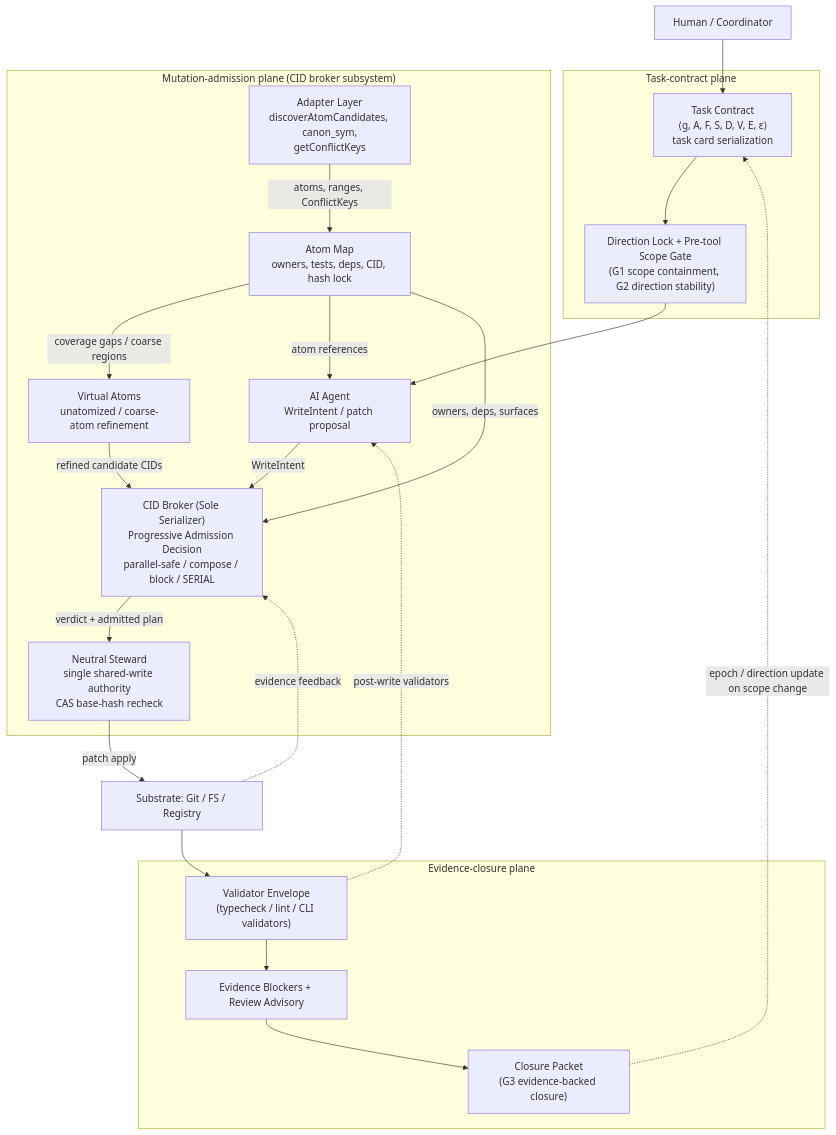
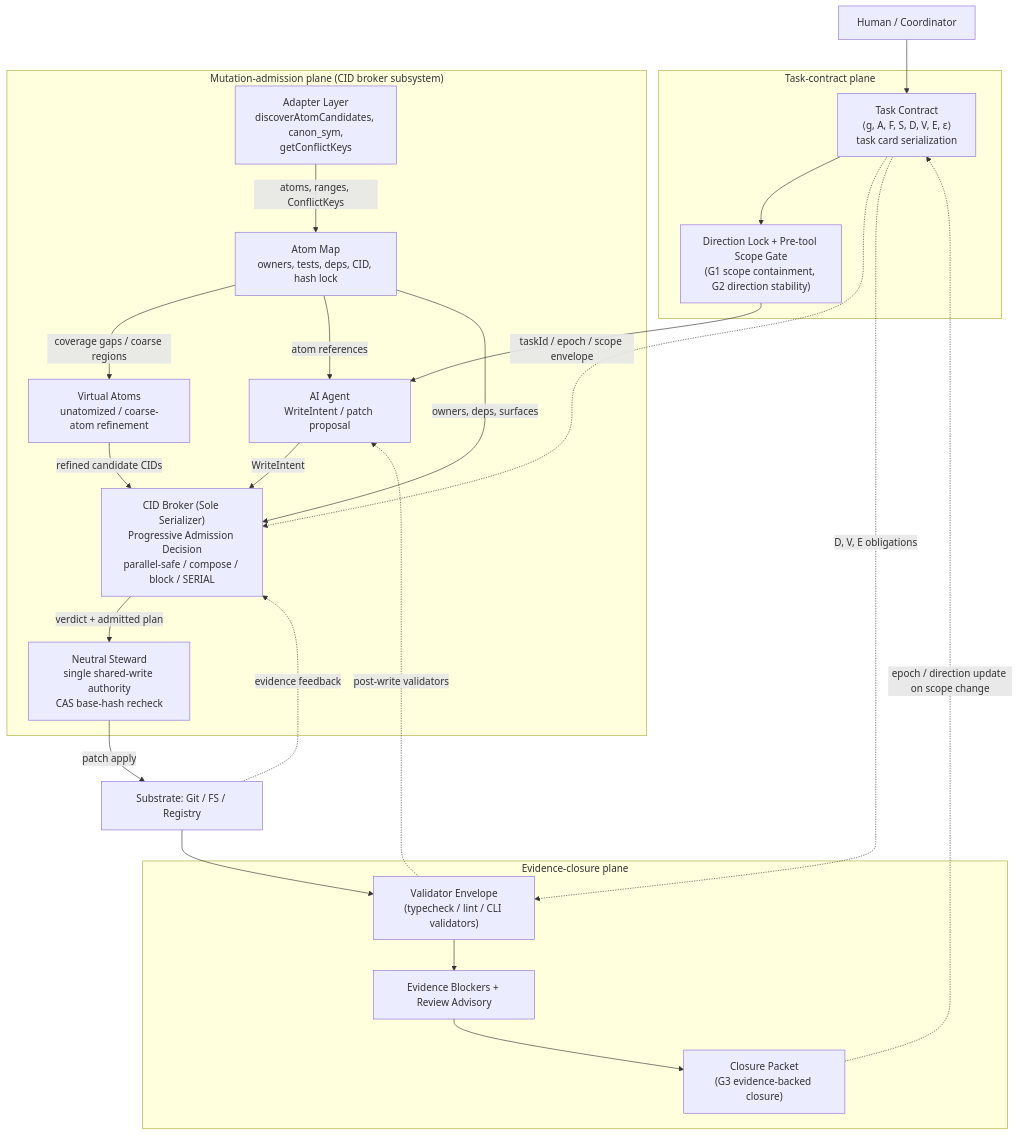
The first of 4 diagrams in docs/ai_atomic_framework/arxiv-paper-v1/paper.v3.1.md (eaglhuang/3klife), drawn with Mermaid before and after one commit. The commit also changed other lines of this file and 9 other files, not shown here.

````diff
--- a/docs/ai_atomic_framework/arxiv-paper-v1/paper.v3.1.md
+++ b/docs/ai_atomic_framework/arxiv-paper-v1/paper.v3.1.md
@@ -245,44 +251,46 @@
 ```mermaid
 flowchart TB
     HU["Human / Coordinator"]
 
     subgraph TC["Task-contract plane"]
         T["Task Contract<br/>⟨g, A, F, S, D, V, E, ε⟩<br/>task card serialization"]
         DL["Direction Lock + Pre-tool Scope Gate<br/>(G1 scope containment, G2 direction stability)"]
     end
 
     subgraph MA["Mutation-admission plane (CID broker subsystem)"]
         AG["AI Agent<br/>WriteIntent / patch proposal"]
         ADAP["Adapter Layer<br/>discoverAtomCandidates, canon_sym,<br/>getConflictKeys"]
         AM["Atom Map<br/>owners, tests, deps, CID, hash lock"]
         VA["Virtual Atoms<br/>unatomized / coarse-atom refinement"]
         B["CID Broker (Sole Serializer)<br/>Progressive Admission Decision<br/>parallel-safe / compose / block / SERIAL"]
         ST["Neutral Steward<br/>single shared-write authority<br/>CAS base-hash recheck"]
     end
 
     subgraph EC["Evidence-closure plane"]
         VE["Validator Envelope<br/>(typecheck / lint / CLI validators)"]
         EB["Evidence Blockers + Review Advisory"]
         CP["Closure Packet<br/>(G3 evidence-backed closure)"]
     end
 
     SUB["Substrate: Git / FS / Registry"]
 
     HU --> T
     T --> DL
+    T -. "taskId / epoch / scope envelope" .-> B
+    T -. "D, V, E obligations" .-> VE
     DL --> AG
     ADAP -- "atoms, ranges, ConflictKeys" --> AM
     AM -- "coverage gaps / coarse regions" --> VA
     AM -- "atom references" --> AG
     AG -- "WriteIntent" --> B
     VA -- "refined candidate CIDs" --> B
     AM -- "owners, deps, surfaces" --> B
     B -- "verdict + admitted plan" --> ST
     ST -- "patch apply" --> SUB
     SUB --> VE
     VE --> EB
     EB --> CP
     SUB -. "evidence feedback" .-> B
     VE -. "post-write validators" .-> AG
     CP -. "epoch / direction update on scope change" .-> T
 ```
````
